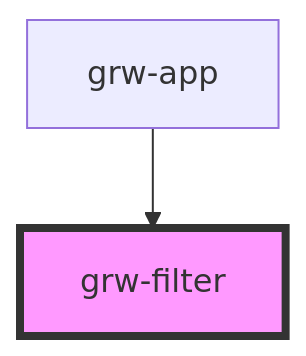
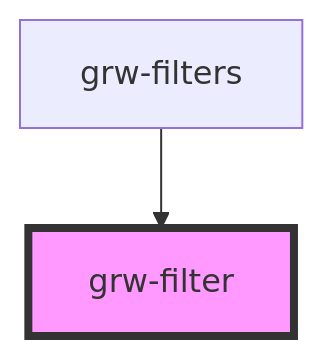
One commit to GeotrekCE/Geotrek-rando-widget changed the diagram in src/components/grw-filter/readme.md. Above: the diagram before and after it, drawn with Mermaid. The commit also changed other lines of this file and 20 other files, not shown here.

````diff
--- a/src/components/grw-filter/readme.md
+++ b/src/components/grw-filter/readme.md
@@ -25,5 +25,5 @@
 ```mermaid
 graph TD;
-  grw-app --> grw-filter
+  grw-filters --> grw-filter
   style grw-filter fill:#f9f,stroke:#333,stroke-width:4px
 ```
````
